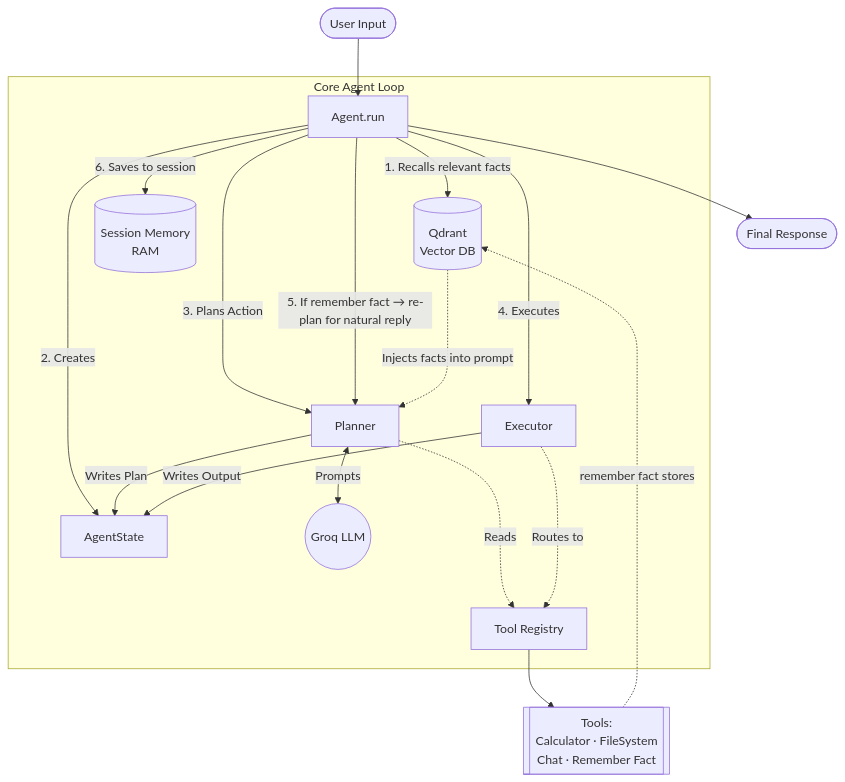
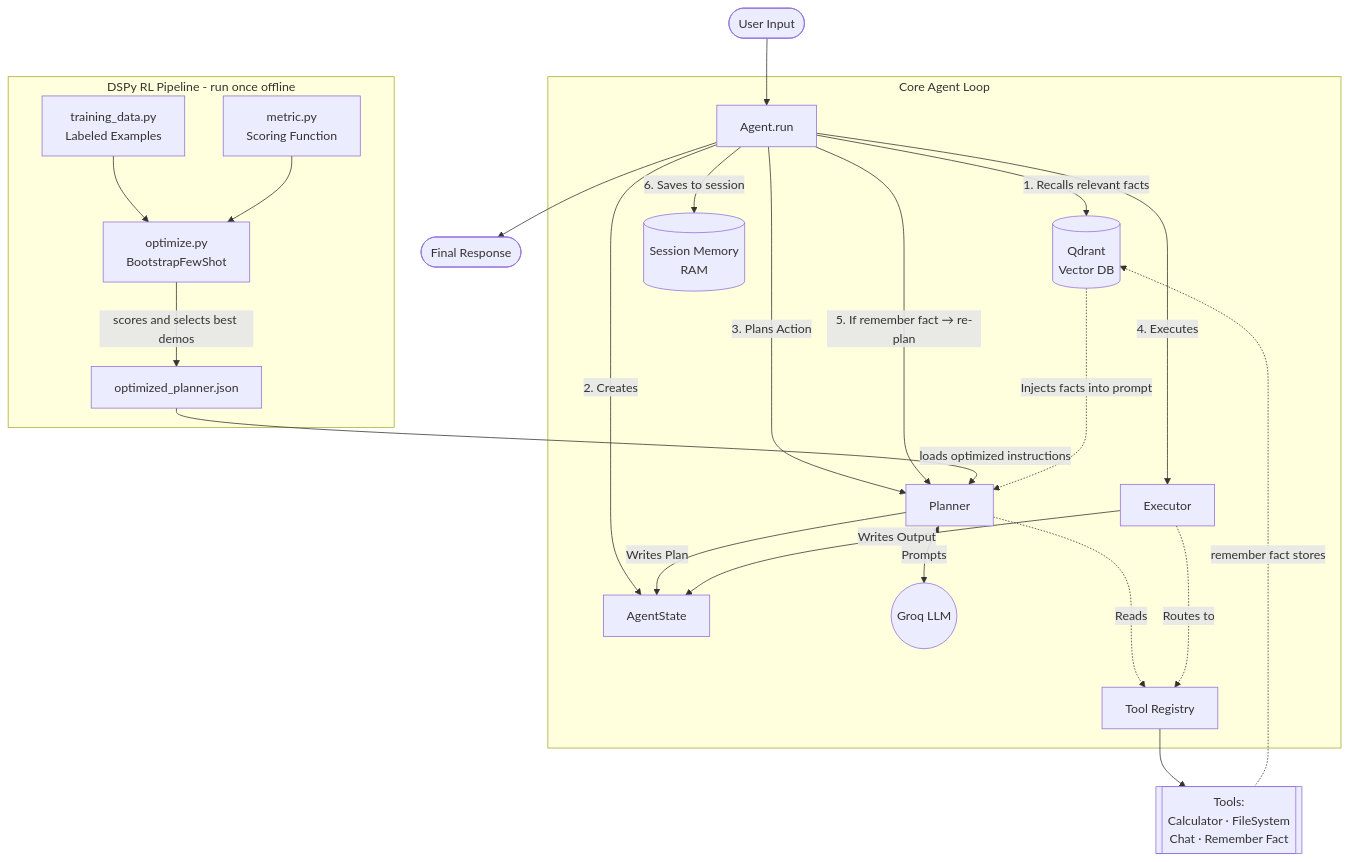
The diagram in README.md (siddhesh326464/custom_agent), drawn with Mermaid before and after one commit.

Commit message:
added RL in this

````diff
--- a/README.md
+++ b/README.md
@@ -20,26 +20,33 @@
 ```mermaid
 graph TD
     User([User Input]) --> Main[Agent.run]
 
     subgraph Core Agent Loop
         Main -->|1. Recalls relevant facts| LTM[(Qdrant\nVector DB)]
         Main -->|2. Creates| State[AgentState]
         Main -->|3. Plans Action| Planner[Planner]
 
         Planner -..->|Reads| Reg[Tool Registry]
         Planner <-->|Prompts| LLM((Groq LLM))
         Planner -->|Writes Plan| State
 
         Main -->|4. Executes| Exec[Executor]
         Exec -..->|Routes to| Reg
         Exec -->|Writes Output| State
 
-        Main -->|5. If remember fact → re-plan for natural reply| Planner
+        Main -->|5. If remember fact → re-plan| Planner
         Main -->|6. Saves to session| Mem[(Session Memory\nRAM)]
     end
 
+    subgraph DSPy RL Pipeline - run once offline
+        TD[training_data.py\nLabeled Examples] --> Opt[optimize.py\nBootstrapFewShot]
+        Metric[metric.py\nScoring Function] --> Opt
+        Opt -->|scores and selects best demos| JSON[optimized_planner.json]
+    end
+
+    JSON -->|loads optimized instructions| Planner
     Reg --> Tools[[Tools:\nCalculator · FileSystem\nChat · Remember Fact]]
     LTM -..->|Injects facts into prompt| Planner
     Tools -..->|remember fact stores| LTM
     Main --> Result([Final Response])
 ```
````
